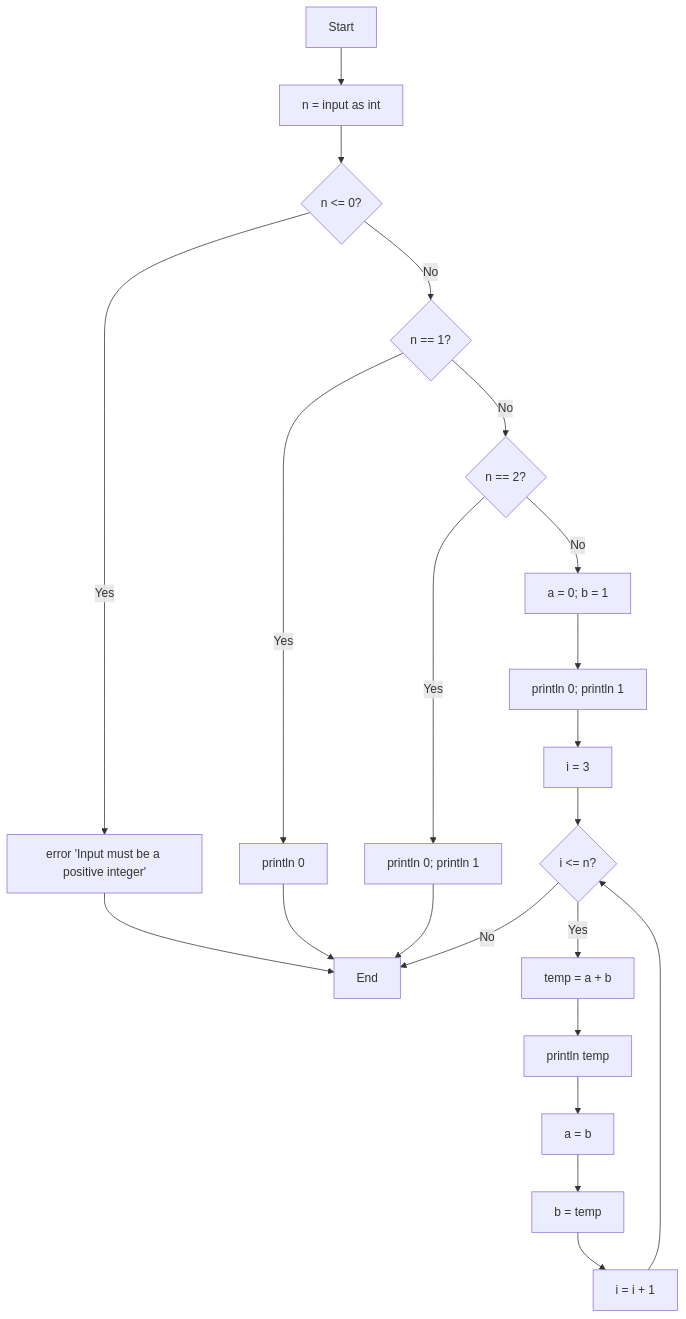
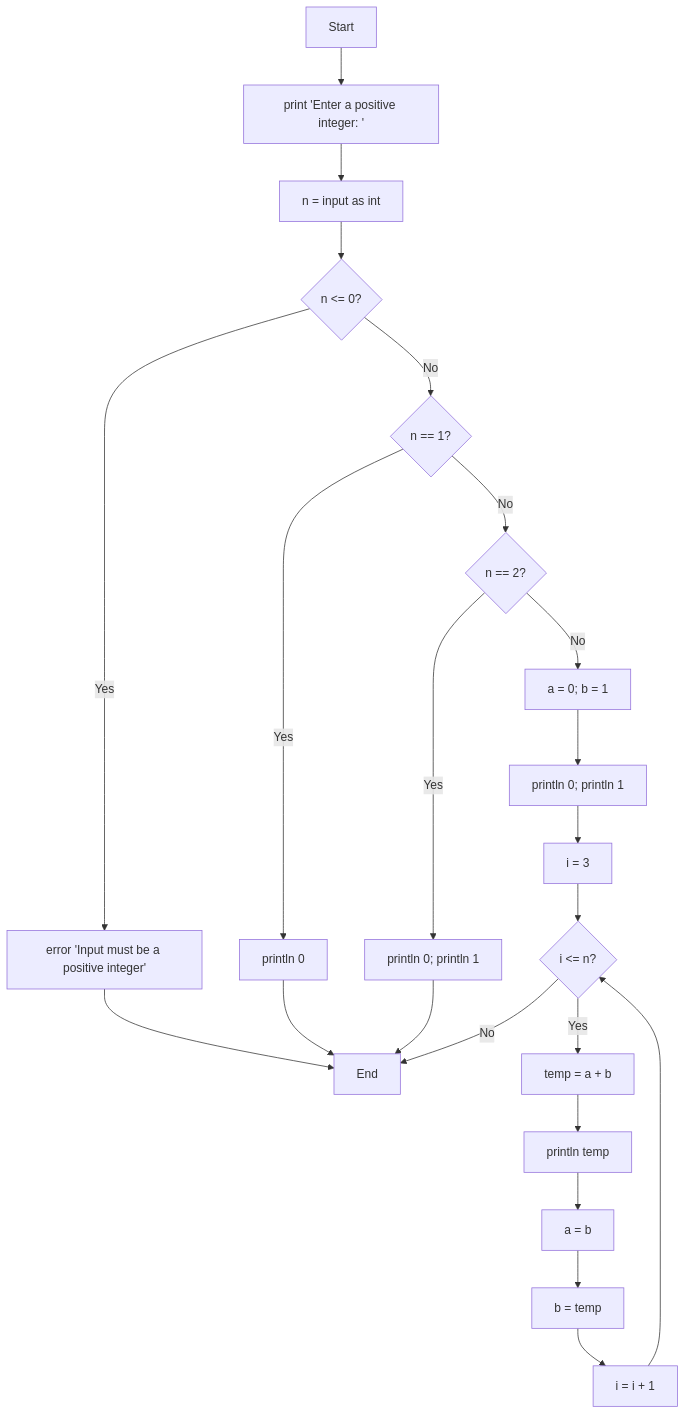
The diagram in examples/fibonacci.mmd (koki-develop/merx), drawn with Mermaid before and after one commit. The commit also changed 8 other files, not shown here.

```diff
--- a/examples/fibonacci.mmd
+++ b/examples/fibonacci.mmd
@@ -1,22 +1,23 @@
 flowchart TD
-    Start --> B[n = input as int]
+    Start --> A[print 'Enter a positive integer: ']
+    A --> B[n = input as int]
     B --> C{n <= 0?}
     C -->|Yes| D[error 'Input must be a positive integer']
     D --> End
     C -->|No| E{n == 1?}
     E -->|Yes| F[println 0]
     F --> End
     E -->|No| G{n == 2?}
     G -->|Yes| H[println 0; println 1]
     H --> End
     G -->|No| I[a = 0; b = 1]
     I --> J[println 0; println 1]
     J --> K[i = 3]
     K --> L{i <= n?}
     L -->|No| End
     L -->|Yes| M[temp = a + b]
     M --> N[println temp]
     N --> O[a = b]
     O --> P[b = temp]
     P --> Q[i = i + 1]
     Q --> L
```
